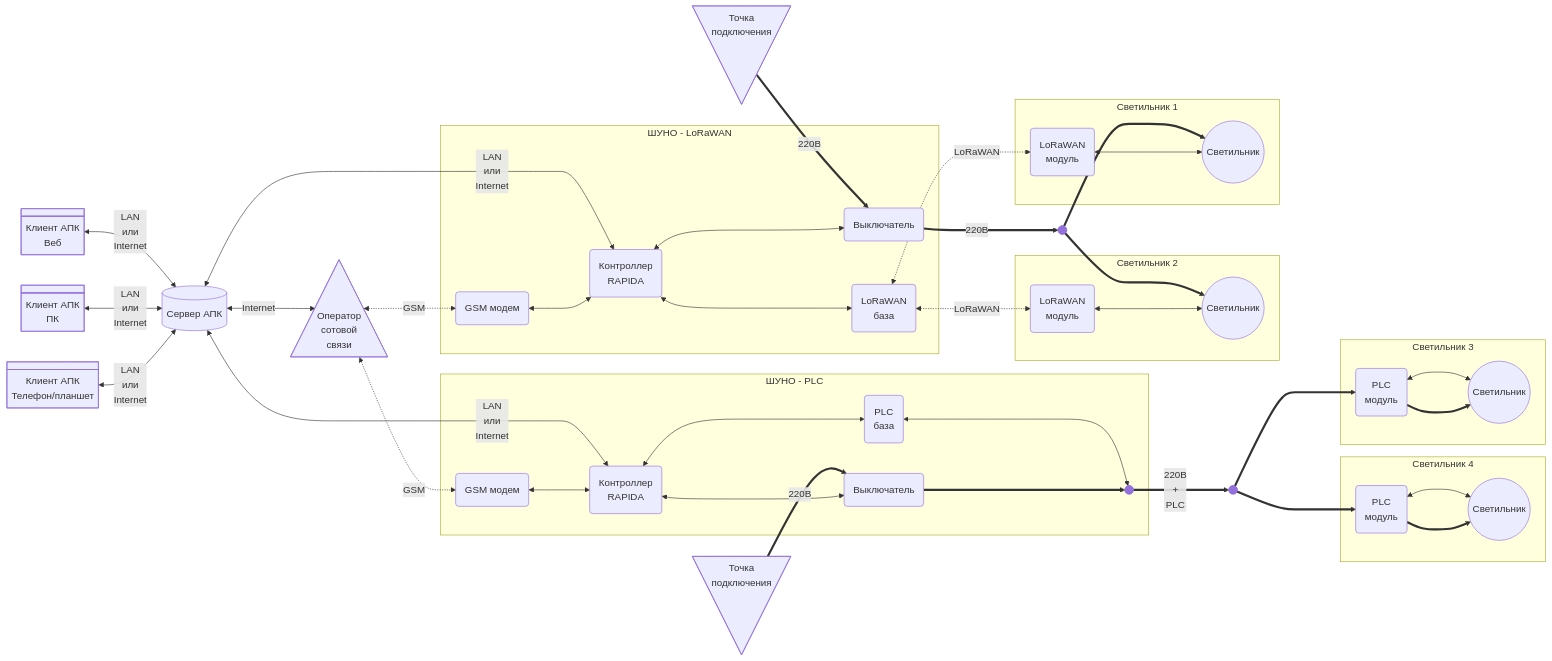
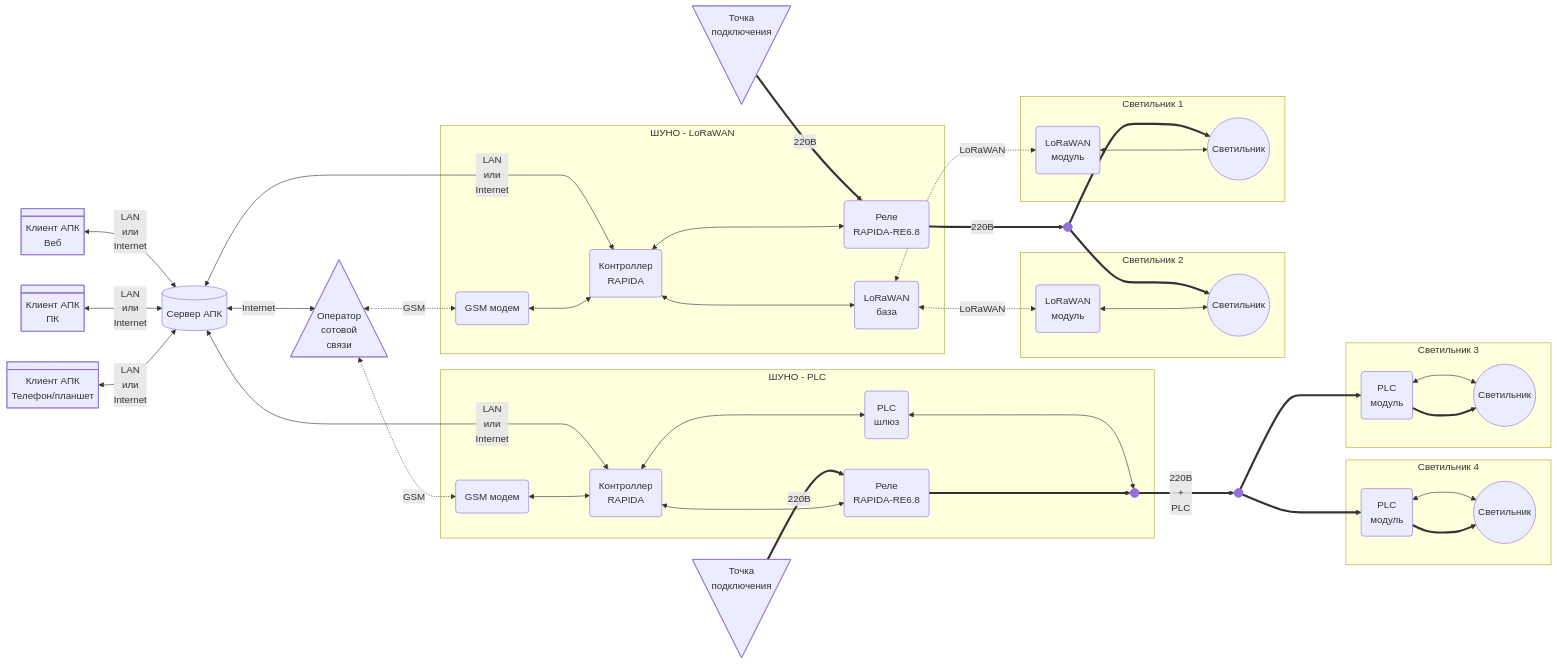
One commit to KhudyakovAlex/Svetosila changed the diagram in PRD/SvetosilaPRD.md. Above: the diagram before and after it, drawn with Mermaid. The commit also changed other lines of this file and 1 other file, not shown here.

```diff
--- a/PRD/SvetosilaPRD.md
+++ b/PRD/SvetosilaPRD.md
@@ -136,7 +136,7 @@
   GM1(GSM модем)
   R1(Контроллер<br>RAPIDA)
   LW(LoRaWAN<br>база)
-  AV1(Выключатель)
+  AV1(Реле<br>RAPIDA-RE6.8)
 end
 GM1 <---> R1
 R1 <---> LW
@@ -170,8 +170,8 @@
 subgraph ШУНО - PLC  
   GM2(GSM модем)
   R2(Контроллер<br>RAPIDA)
-  PLC(PLC<br>база)
-  AV2(Выключатель)
+  PLC(PLC<br>шлюз)
+  AV2(Реле<br>RAPIDA-RE6.8)
   B1@{ shape: f-circ, label: "" }
 end
 GM2 <---> R2
```
